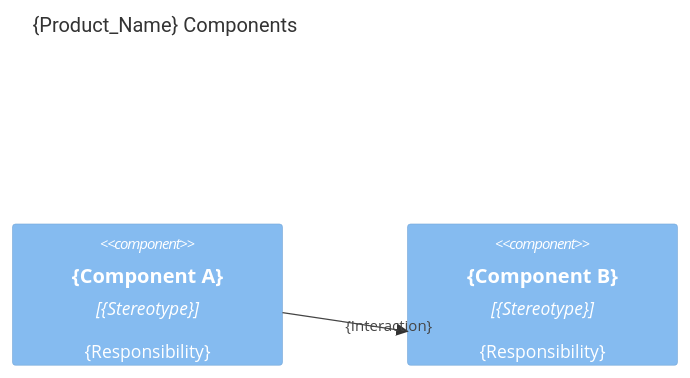
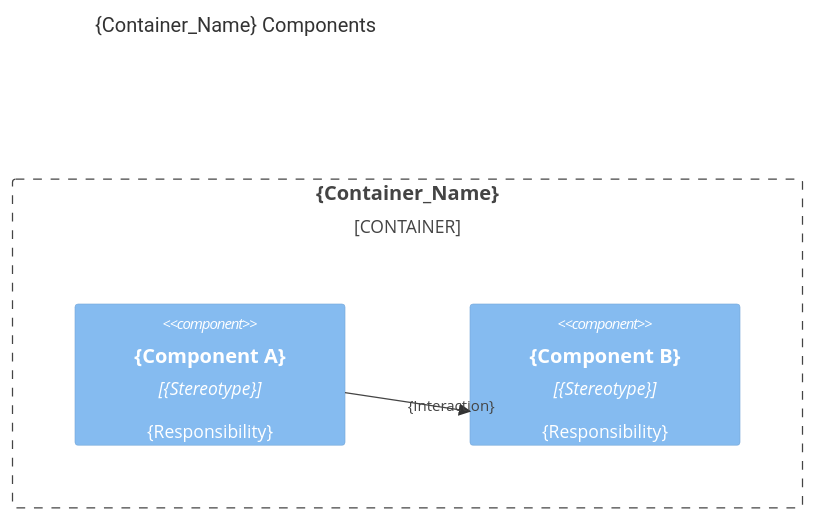
Before and after one commit to AIDDbot/AIDDbot: the first of 2 diagrams in labs/medium/extract/components.arch.template.md, drawn with Mermaid. The commit also changed other lines of this file and 7 other files, not shown here.

````diff
--- a/labs/medium/extract/components.arch.template.md
+++ b/labs/medium/extract/components.arch.template.md
@@ -11,9 +17,11 @@
 ```mermaid
 C4Component
-  title {Product_Name} Components
+  title {Container_Name} Components
 
-  Component(comp_a, "{Component A}", "{Stereotype}", "{Responsibility}")
-  Component(comp_b, "{Component B}", "{Stereotype}", "{Responsibility}")
+  Container_Boundary(boundary, "{Container_Name}") {
+    Component(comp_a, "{Component A}", "{Stereotype}", "{Responsibility}")
+    Component(comp_b, "{Component B}", "{Stereotype}", "{Responsibility}")
+  }
 
   Rel(comp_a, comp_b, "{Interaction}")
 ```
````
